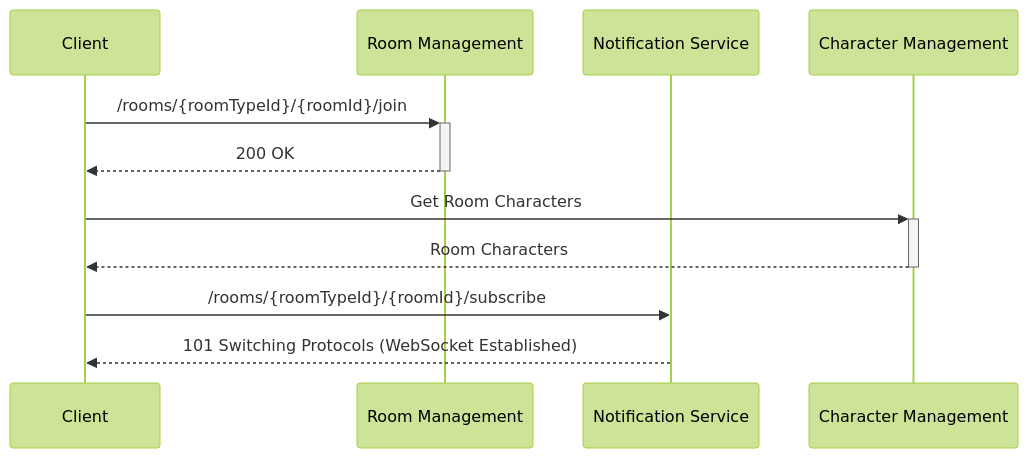
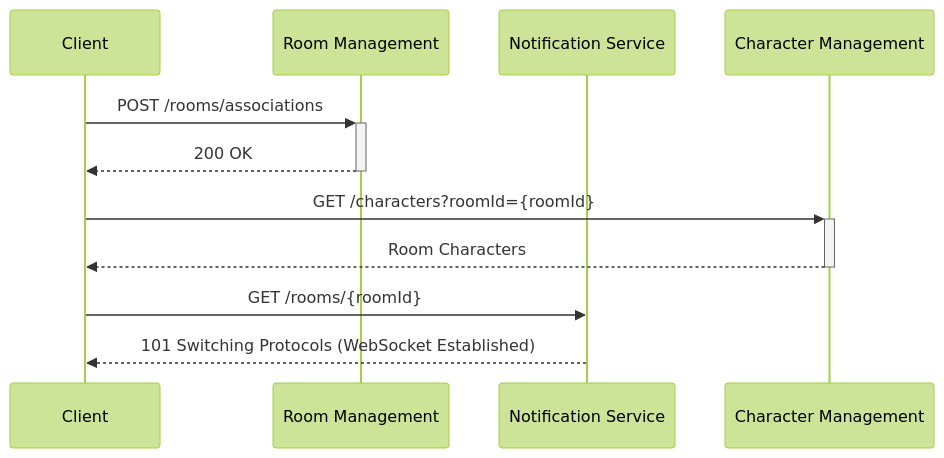
Before and after one commit to REW1L/munch-helper: the fourth of 4 diagrams in docs/descriptions/MunchHelper/Backend Services.md, drawn with Mermaid (forest theme). The commit also changed other lines of this file and 12 other files, not shown here.

````diff
--- a/docs/descriptions/MunchHelper/Backend Services.md
+++ b/docs/descriptions/MunchHelper/Backend Services.md
@@ -34,16 +139,16 @@
 ```mermaid
 sequenceDiagram
     participant Client
     participant Room Management
     participant Notification Service
     participant Character Management
 
-    Client ->>+ Room Management: /rooms/{roomTypeId}/{roomId}/join
+    Client ->>+ Room Management: POST /rooms/associations
     Room Management -->>- Client: 200 OK
 
-    Client ->>+ Character Management: Get Room Characters
+    Client ->>+ Character Management: GET /characters?roomId={roomId}
     Character Management -->>- Client: Room Characters
 
-    Client ->> Notification Service: /rooms/{roomTypeId}/{roomId}/subscribe
+    Client ->> Notification Service: GET /rooms/{roomId}
     Notification Service -->> Client: 101 Switching Protocols (WebSocket Established)
 ```
````
